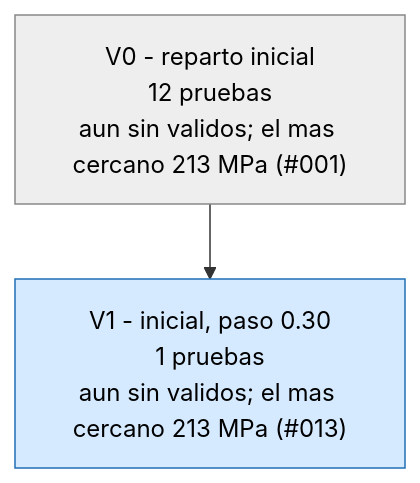
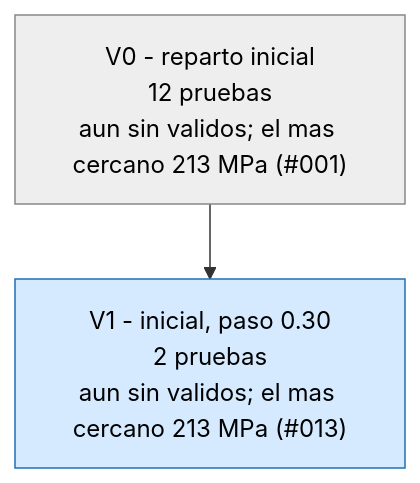
The first of 3 diagrams in runs/opt_37800N/ARBOL.md (Hugiko/msd-soporte-optimizacion), drawn with Mermaid before and after one commit. The commit also changed 14 other files, not shown here.

````diff
--- a/runs/opt_37800N/ARBOL.md
+++ b/runs/opt_37800N/ARBOL.md
@@ -9,9 +9,9 @@
 ```mermaid
 graph TD
 classDef activa fill:#d6eaff,stroke:#1f6fb5,color:#000
 classDef fin fill:#eeeeee,stroke:#888,color:#000
 classDef mejor fill:#c8f0c0,stroke:#1a9850,stroke-width:4px,color:#000
 V0["V0 - reparto inicial<br/>12 pruebas<br/>aun sin validos; el mas cercano 213 MPa (#001)"]:::fin
-V1["V1 - inicial, paso 0.30<br/>1 pruebas<br/>aun sin validos; el mas cercano 213 MPa (#013)"]:::activa
+V1["V1 - inicial, paso 0.30<br/>2 pruebas<br/>aun sin validos; el mas cercano 213 MPa (#013)"]:::activa
 V0 --> V1
 ```
````
